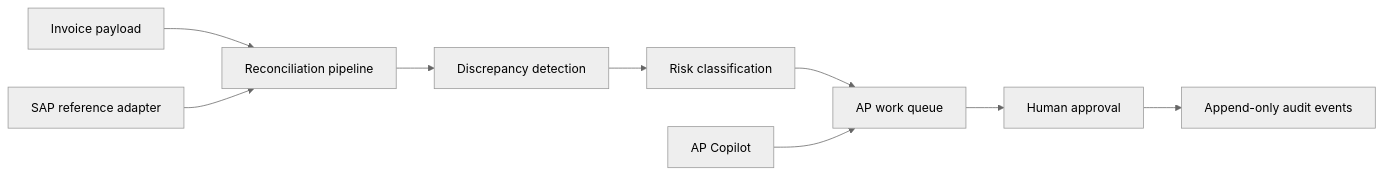
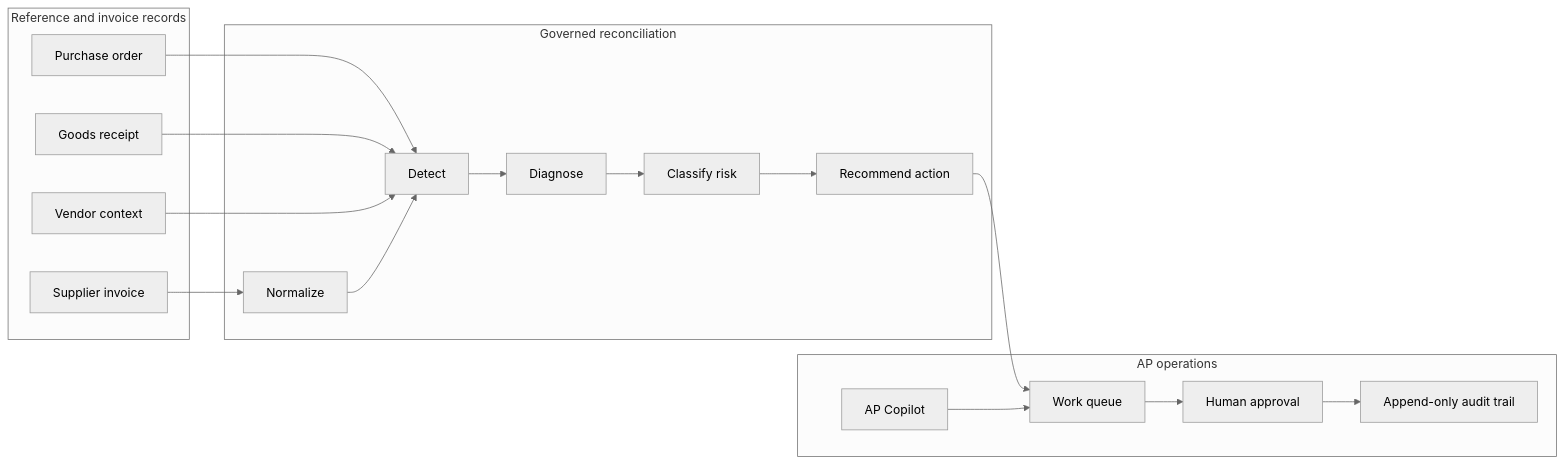
Before and after one commit to mujeeb-k/AP-Three-Way-Matching-Agent: the diagram in README.md, drawn with Mermaid (neutral theme). The commit also changed other lines of this file, not shown here.

Commit message:
docs: present AP reconciliation as an FDE case study

````diff
--- a/README.md
+++ b/README.md
@@ -24,11 +126,32 @@
 ```mermaid
 flowchart LR
-  invoice[Invoice payload] --> pipeline[Reconciliation pipeline]
-  sap[SAP reference adapter] --> pipeline
-  pipeline --> detection[Discrepancy detection]
-  detection --> risk[Risk classification]
-  risk --> queue[AP work queue]
-  queue --> approval[Human approval]
-  approval --> audit[Append-only audit events]
-  copilot[AP Copilot] --> queue
+  subgraph sourceSystems [Reference and invoice records]
+    invoice[Supplier invoice]
+    po[Purchase order]
+    gr[Goods receipt]
+    vendor[Vendor context]
+  end
+
+  subgraph decisionEngine [Governed reconciliation]
+    normalize[Normalize]
+    detect[Detect]
+    diagnose[Diagnose]
+    classify[Classify risk]
+    recommend[Recommend action]
+  end
+
+  subgraph operations [AP operations]
+    queue[Work queue]
+    copilot[AP Copilot]
+    reviewer[Human approval]
+    audit[Append-only audit trail]
+  end
+
+  invoice --> normalize
+  po --> detect
+  gr --> detect
+  vendor --> detect
+  normalize --> detect --> diagnose --> classify --> recommend --> queue
+  copilot --> queue
+  queue --> reviewer --> audit
 ```
````
